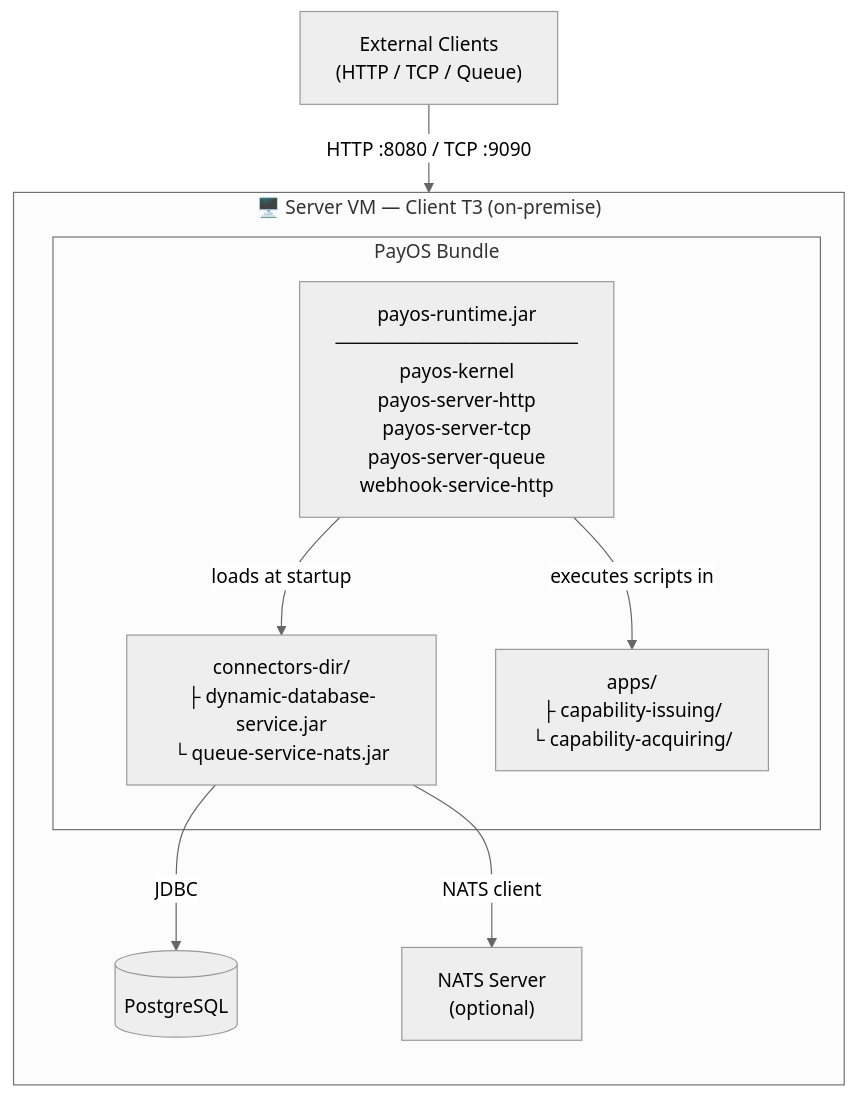
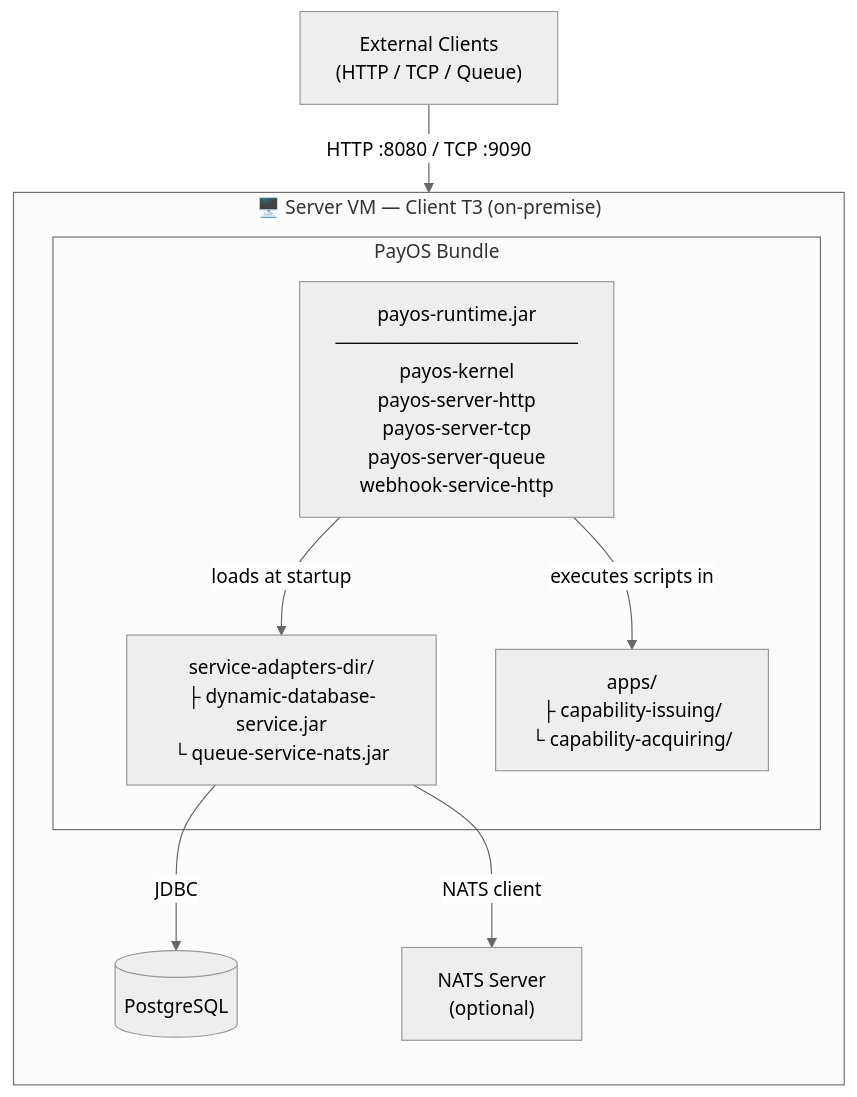
Before and after one commit to asebban/payos-docs: the first of 5 diagrams in overview/stack/technology-stack.md, drawn with Mermaid (neutral theme). The commit also changed other lines of this file and 48 other files, not shown here.

````diff
--- a/overview/stack/technology-stack.md
+++ b/overview/stack/technology-stack.md
@@ -511,21 +511,21 @@
 ```mermaid
 flowchart TB
     CLIENT["External Clients\n(HTTP / TCP / Queue)"]
 
     subgraph VM["🖥️ Server VM — Client T3 (on-premise)"]
         direction TB
         subgraph BUNDLE["PayOS Bundle"]
             RT["payos-runtime.jar\n──────────────────\npayos-kernel\npayos-server-http\npayos-server-tcp\npayos-server-queue\nwebhook-service-http"]
-            CON["connectors-dir/\n├ dynamic-database-service.jar\n└ queue-service-nats.jar"]
+            CON["service-adapters-dir/\n├ dynamic-database-service.jar\n└ queue-service-nats.jar"]
             APPS["apps/\n├ capability-issuing/\n└ capability-acquiring/"]
         end
         DB[("PostgreSQL")]
         NATS["NATS Server\n(optional)"]
     end
 
     CLIENT -->|HTTP :8080 / TCP :9090| RT
     RT -->|loads at startup| CON
     RT -->|executes scripts in| APPS
     CON -->|JDBC| DB
     CON -->|NATS client| NATS
 ```
````
